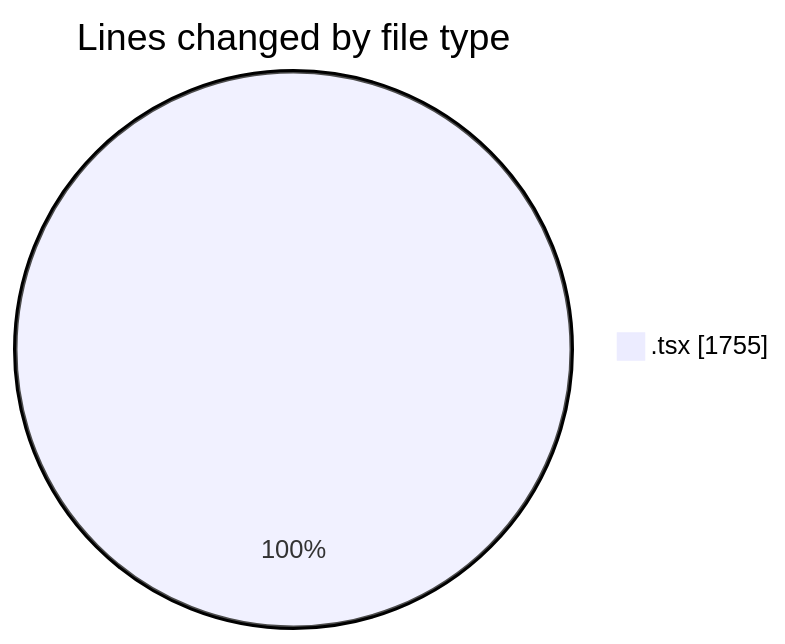
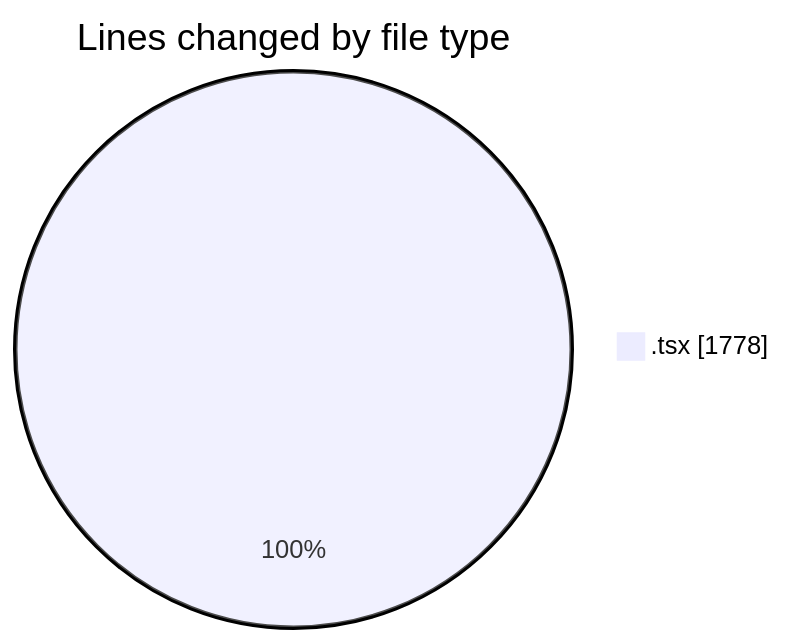
Before and after one commit to momahboobian/code-tracking: the first of 2 diagrams in 2026-08-06/cda/README.md, drawn with Mermaid. The commit also changed other lines of this file and 1 other file, not shown here.

````diff
--- a/2026-08-06/cda/README.md
+++ b/2026-08-06/cda/README.md
@@ -25,5 +25,5 @@
 ```mermaid
 pie showData
 title Lines changed by file type
-".tsx" : 1755
+".tsx" : 1778
 ```
````
